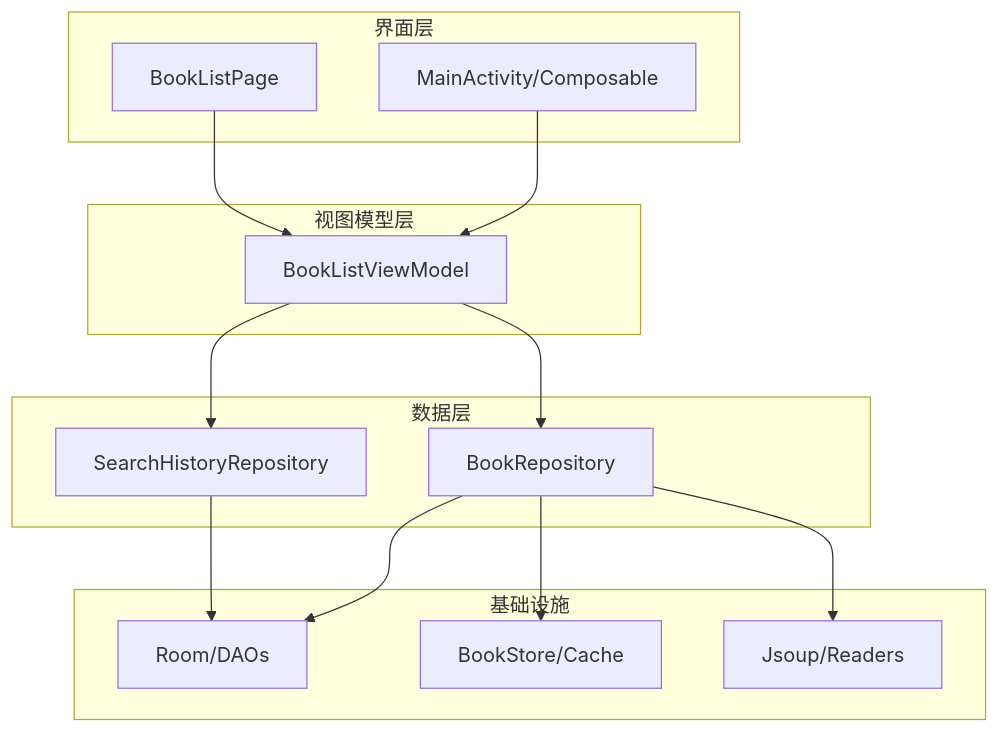
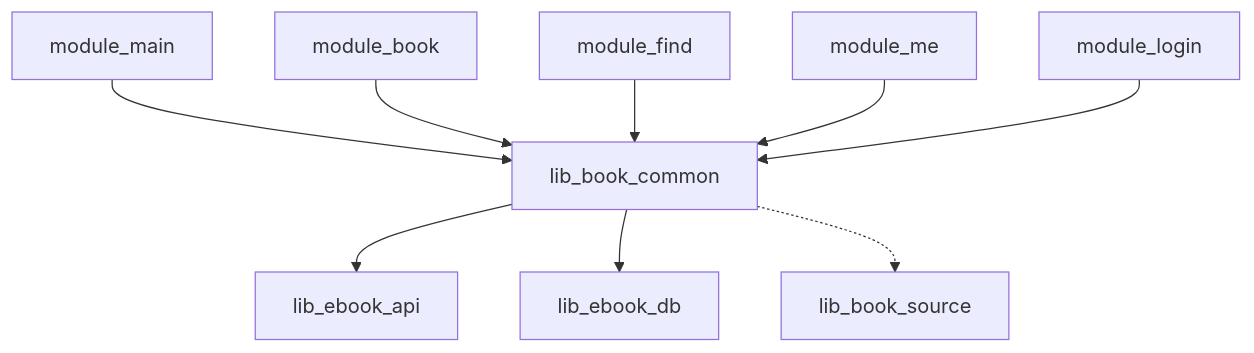
The eighth of 8 diagrams in .qoder/repowiki/zh/content/架构设计/架构设计.md (xrn1997/android-ebook), drawn with Mermaid before and after one commit. The commit also changed other lines of this file and 544 other files, not shown here.

````diff
--- a/.qoder/repowiki/zh/content/架构设计/架构设计.md
+++ b/.qoder/repowiki/zh/content/架构设计/架构设计.md
@@ -245,27 +310,11 @@
 ```mermaid
 graph TB
-  subgraph "界面层"
-    M1["MainActivity/Composable"]
-    M2["BookListPage"]
-  end
-  subgraph "视图模型层"
-    VM1["BookListViewModel"]
-  end
-  subgraph "数据层"
-    R1["BookRepository"]
-    R2["SearchHistoryRepository"]
-  end
-  subgraph "基础设施"
-    DB["Room/DAOs"]
-    ST["BookStore/Cache"]
-    NET["Jsoup/Readers"]
-  end
-  M1 --> VM1
-  M2 --> VM1
-  VM1 --> R1
-  VM1 --> R2
-  R1 --> DB
-  R1 --> ST
-  R1 --> NET
-  R2 --> DB
+    M1["module_main"] --> L1["lib_book_common"]
+    M2["module_book"] --> L1
+    M3["module_find"] --> L1
+    M4["module_me"] --> L1
+    M5["module_login"] --> L1
+    L1 --> N1["lib_ebook_api"]
+    L1 --> N2["lib_ebook_db"]
+    L1 -.-> S1["lib_book_source"]
 ```
````
